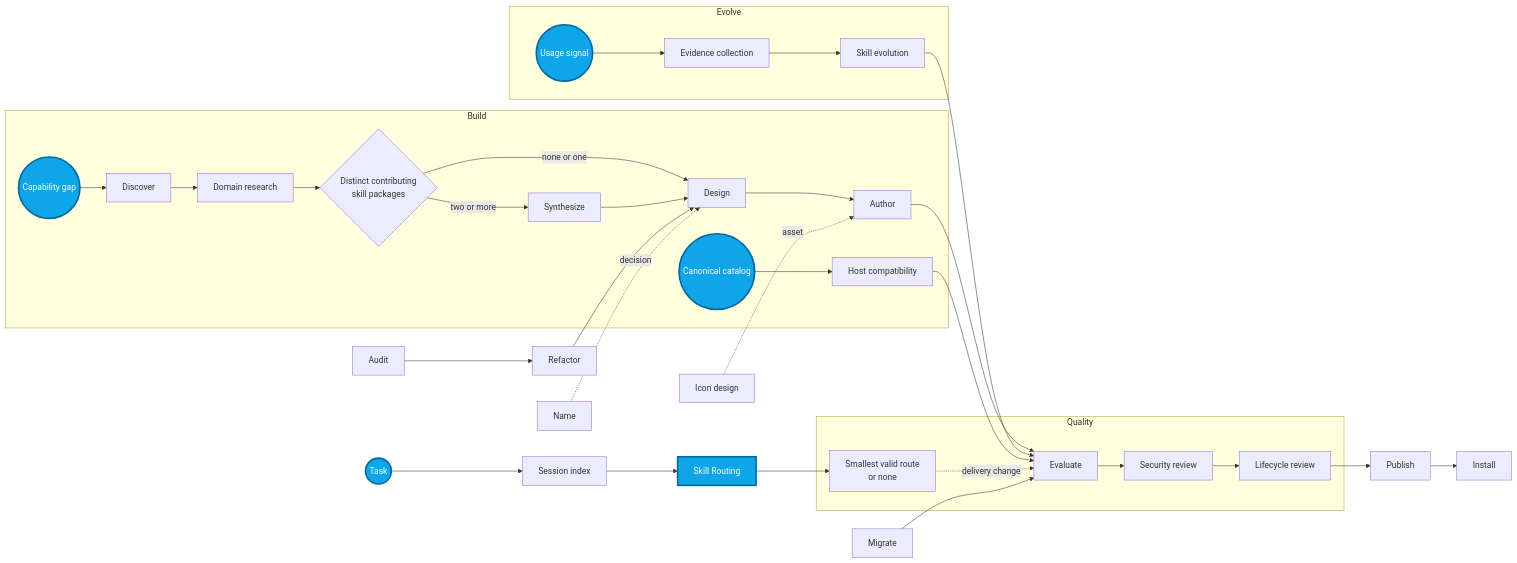
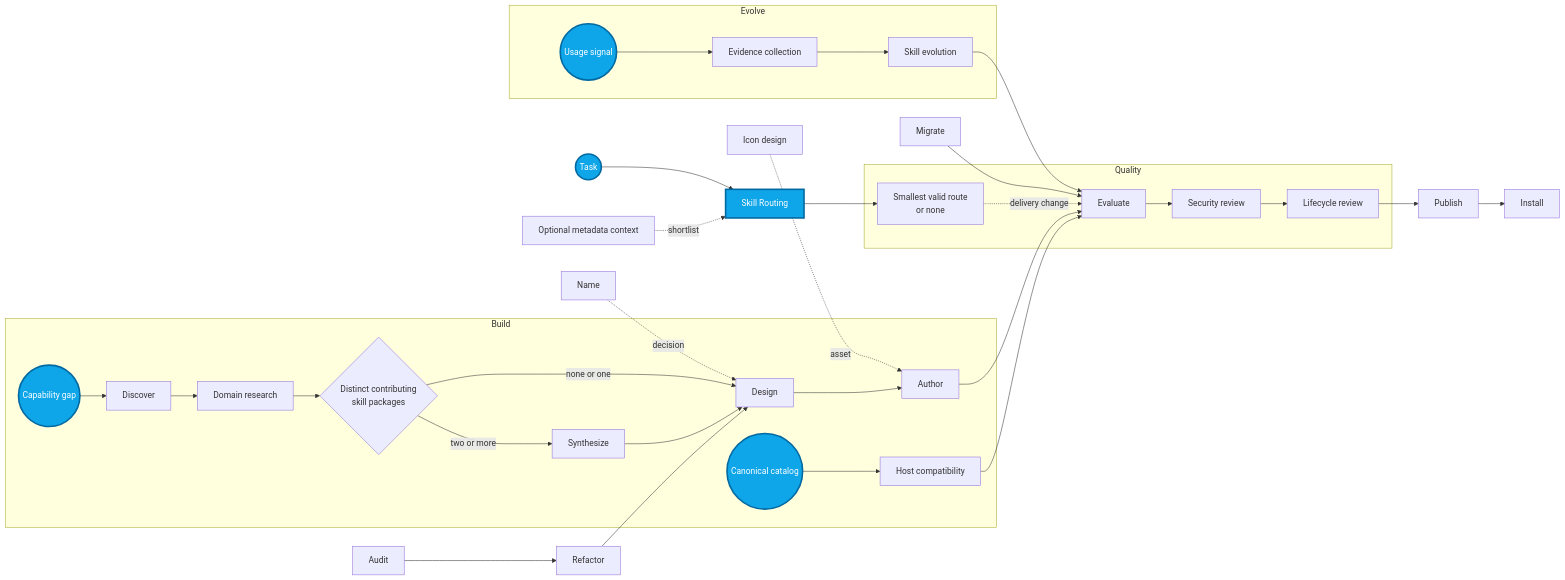
One commit to i-9-ai/skills changed the second of 2 diagrams in README.md. Above: the diagram before and after it, drawn with Mermaid. The commit also changed other lines of this file and 10 other files, not shown here.

Commit message:
docs: refresh current skill entry-path diagrams

````diff
--- a/README.md
+++ b/README.md
@@ -152,31 +179,32 @@
 ```mermaid
 flowchart LR
-    T((Task)) --> SI[Session index] --> R[Skill Routing]
+    T((Task)) --> R[Skill Routing]
+    SI[Optional metadata context] -. shortlist .-> R
     R --> RT[Smallest valid route<br/>or none]
 
     subgraph Build
       GAP((Capability gap)) --> D[Discover] --> DR[Domain research] --> DC{Distinct contributing<br/>skill packages}
       DC -->|none or one| G[Design] --> A[Author]
       DC -->|two or more| S[Synthesize] --> G
       C((Canonical catalog)) --> HC[Host compatibility]
     end
 
     subgraph Evolve
       US((Usage signal)) --> EC[Evidence collection] --> EV[Skill evolution]
     end
 
     subgraph Quality
       A --> E[Evaluate] --> Q[Security review] --> L[Lifecycle review]
       EV --> E
       HC --> E
       RT -. delivery change .-> E
     end
 
     L --> P[Publish] --> I[Install]
     U[Audit] --> F[Refactor] --> G
     M[Migrate] --> E
     classDef entrypoint fill:#0ea5e9,stroke:#0369a1,color:#fff,stroke-width:3px
     class T,R,C,GAP,US entrypoint
     N[Name] -. decision .-> G
     V[Icon design] -. asset .-> A
 ```
````
